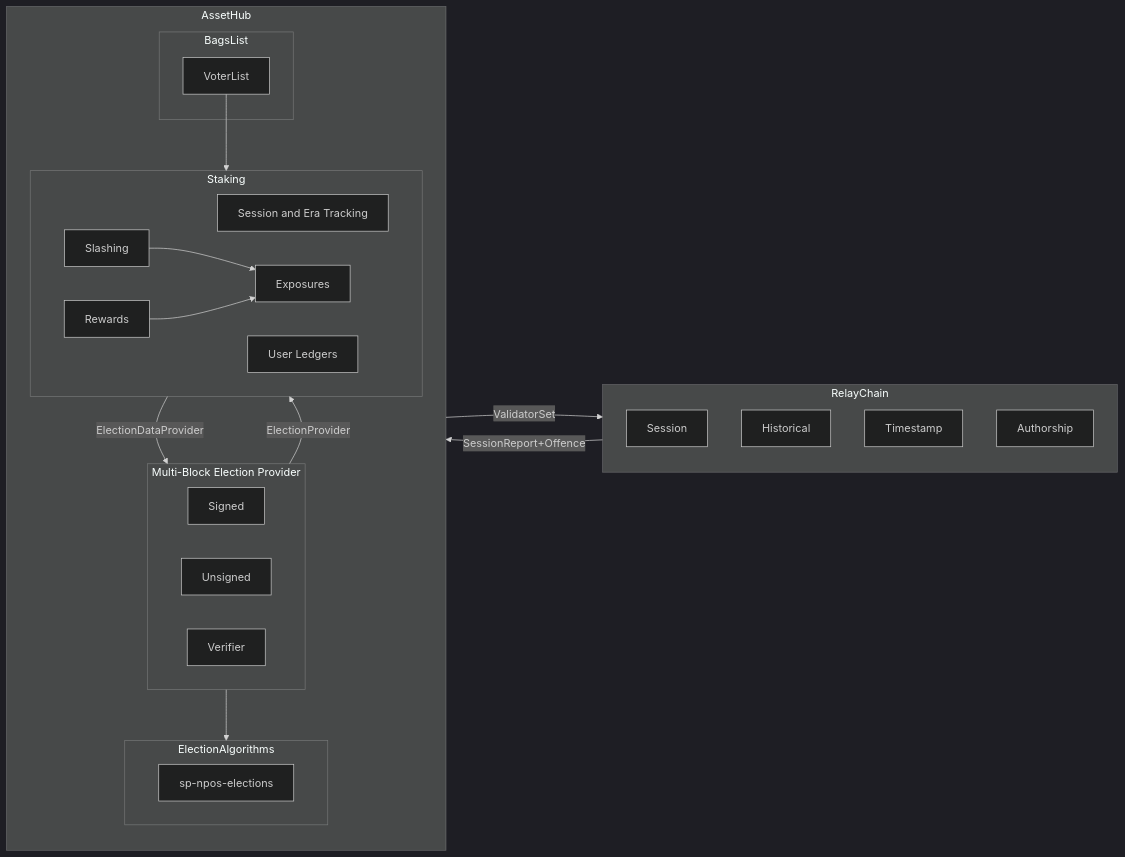
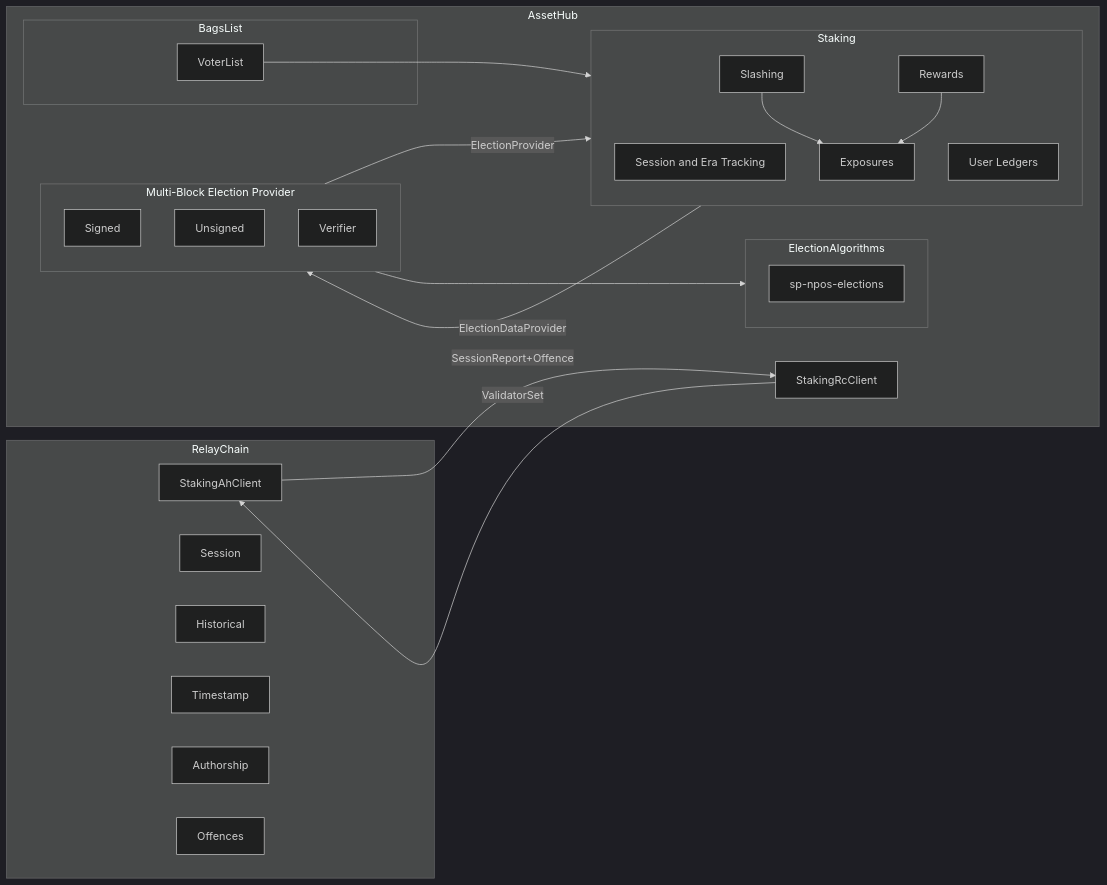
Before and after one commit to paritytech/polkadot-sdk: the diagram in substrate/frame/staking-async/guide/src/overview.md, drawn with Mermaid (dark theme). The commit also changed other lines of this file and 9 other files, not shown here.

````diff
--- a/substrate/frame/staking-async/guide/src/overview.md
+++ b/substrate/frame/staking-async/guide/src/overview.md
@@ -15,44 +21,49 @@
 ```mermaid
 flowchart LR
   subgraph RelayChain
+    StakingAhClient
     Session
     Historical
     Timestamp
     Authorship
+    Offences
+
   end
 
   subgraph AssetHub
     subgraph Staking
       AHSession["Session and Era Tracking"]
       Exposures
       Slashing
       Rewards
       User["User Ledgers"]
 
       Slashing --> Exposures
       Rewards --> Exposures
     end
+
+    StakingRcClient
 
     subgraph Election["Multi-Block Election Provider"]
       Signed
       Unsigned
       Verifier
     end
 
     subgraph ElectionAlgorithms
       SpNpos["sp-npos-elections"]
     end
 
     subgraph BagsList
       VoterList
     end
 
     Election --ElectionProvider--> Staking
     Staking --ElectionDataProvider--> Election
     VoterList --> Staking
     Election --> ElectionAlgorithms
   end
 
-  AssetHub -- ValidatorSet --> RelayChain
-  RelayChain -- SessionReport+Offence --> AssetHub
+  StakingRcClient -- ValidatorSet --> StakingAhClient
+  StakingAhClient -- SessionReport+Offence --> StakingRcClient
 ```
````
